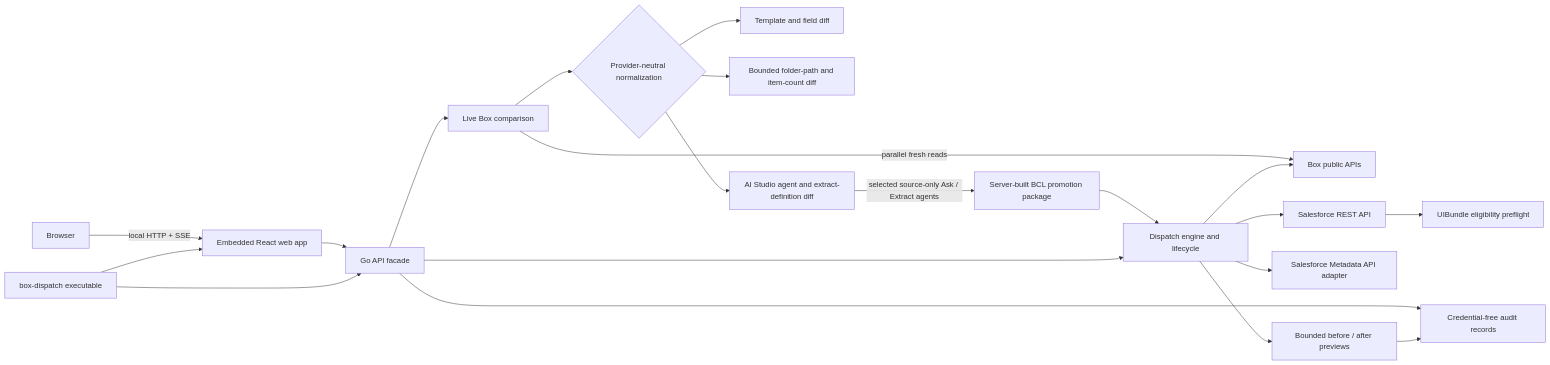
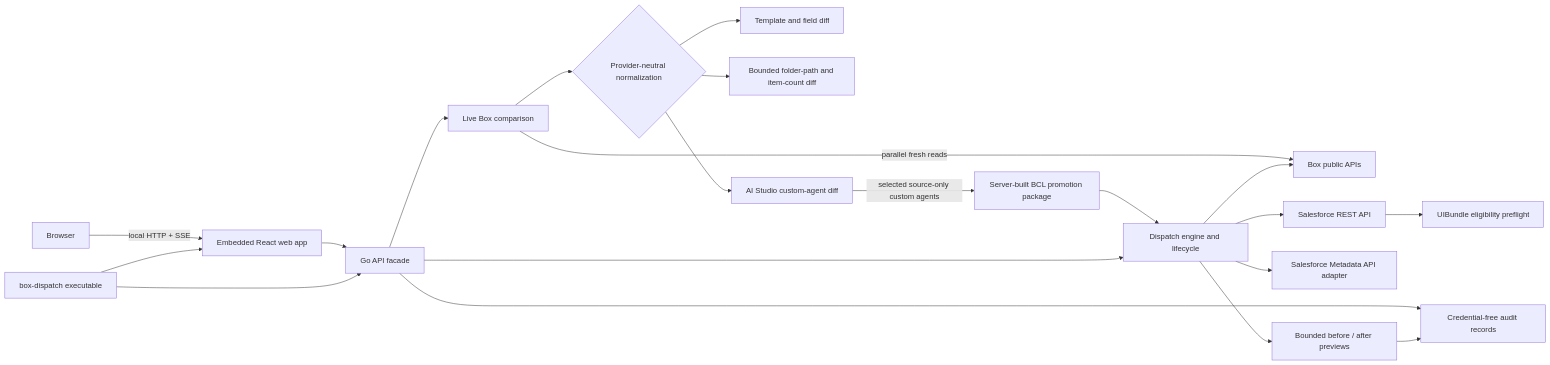
Before and after one commit to unofficialbox/box-dispatch: the first of 2 diagrams in docs/WEB_APP_ARCHITECTURE.md, drawn with Mermaid. The commit also changed other lines of this file and 19 other files, not shown here.

Commit message:
Distinguish Box Extract Agents from AI Studio (#56)

````diff
--- a/docs/WEB_APP_ARCHITECTURE.md
+++ b/docs/WEB_APP_ARCHITECTURE.md
@@ -10,23 +10,23 @@
 ```mermaid
 flowchart LR
     Executable["box-dispatch executable"] --> UI["Embedded React web app"]
     Executable --> API["Go API facade"]
     Browser["Browser"] -->|"local HTTP + SSE"| UI
     UI --> API
     API --> Engine["Dispatch engine and lifecycle"]
     API --> LiveCompare["Live Box comparison"]
     Engine --> Box["Box public APIs"]
     LiveCompare -->|"parallel fresh reads"| Box
     LiveCompare --> Normalize{"Provider-neutral normalization"}
     Normalize --> MetadataDiff["Template and field diff"]
     Normalize --> FolderDiff["Bounded folder-path and item-count diff"]
-    Normalize --> AIAgentDiff["AI Studio agent and extract-definition diff"]
-    AIAgentDiff -->|"selected source-only Ask / Extract agents"| Promotion["Server-built BCL promotion package"]
+    Normalize --> AIAgentDiff["AI Studio custom-agent diff"]
+    AIAgentDiff -->|"selected source-only custom agents"| Promotion["Server-built BCL promotion package"]
     Promotion --> Engine
     Engine --> SalesforceREST["Salesforce REST API"]
     SalesforceREST --> SalesforceEligibility["UIBundle eligibility preflight"]
     Engine --> SalesforceMetadata["Salesforce Metadata API adapter"]
     Engine --> ChangeSnapshot["Bounded before / after previews"]
     ChangeSnapshot --> Audit["Credential-free audit records"]
     API --> Audit
 ```
````
